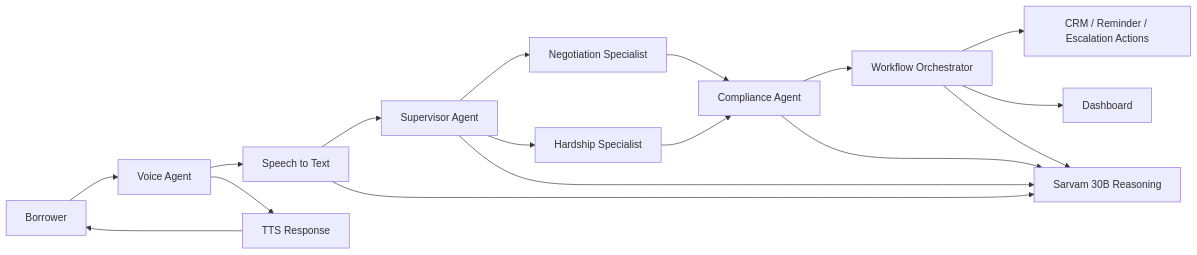
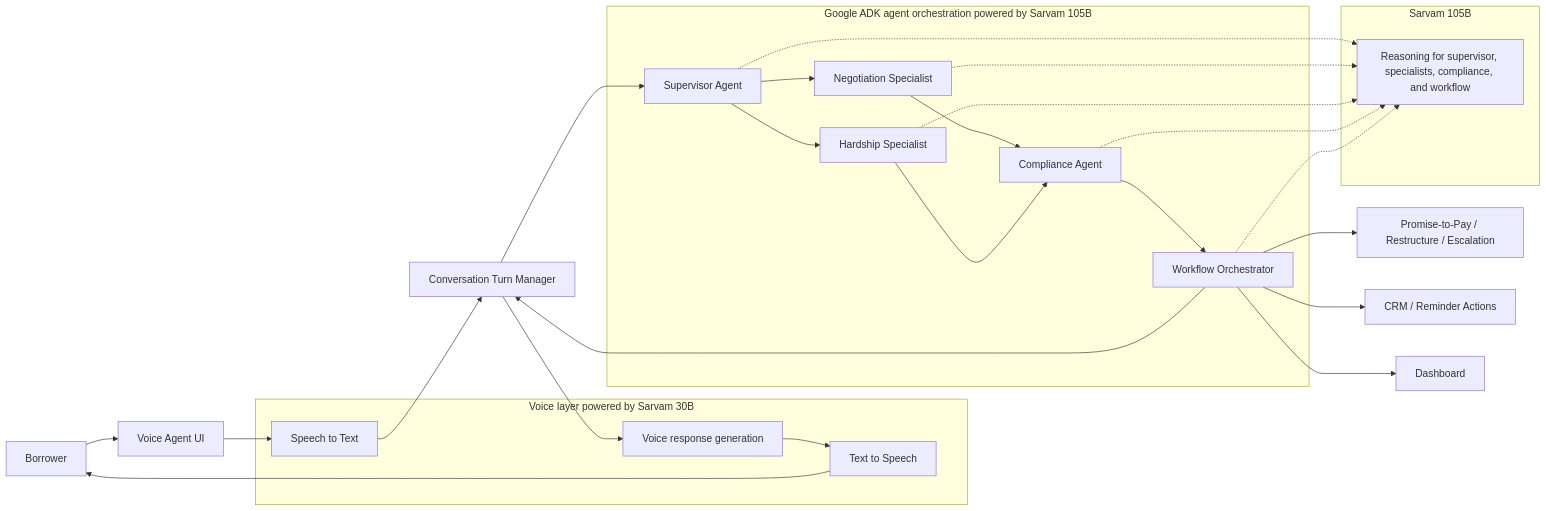
The diagram in README.md (yashk3562-lgtm/-sarvam-loan-collections-agent), drawn with Mermaid before and after one commit.

Commit message:
Improve architecture diagram

````diff
--- a/README.md
+++ b/README.md
@@ -46,20 +46,40 @@
 ```mermaid
 flowchart LR
-    A[Borrower] --> B[Voice Agent]
-    B --> C[Speech to Text]
-    C --> D[Supervisor Agent]
-    D --> E[Negotiation Specialist]
-    D --> F[Hardship Specialist]
-    E --> G[Compliance Agent]
-    F --> G
-    G --> H[Workflow Orchestrator]
-    H --> I[CRM / Reminder / Escalation Actions]
-    H --> J[Dashboard]
-    B --> K[TTS Response]
-    K --> A
+    A[Borrower] --> B[Voice Agent UI]
 
-    D --> L[Sarvam 30B Reasoning]
-    C --> L
-    G --> L
-    H --> L
+    subgraph V[Voice layer powered by Sarvam 30B]
+        C[Speech to Text]
+        D[Voice response generation]
+        E[Text to Speech]
+    end
+
+    B --> C
+    C --> F[Conversation Turn Manager]
+    F --> G[Supervisor Agent]
+
+    subgraph M105[Sarvam 105B]
+        H[Reasoning for supervisor, specialists, compliance, and workflow]
+    end
+
+    subgraph O[Google ADK agent orchestration powered by Sarvam 105B]
+        G --> I[Negotiation Specialist]
+        G --> J[Hardship Specialist]
+        I --> K[Compliance Agent]
+        J --> K
+        K --> L[Workflow Orchestrator]
+    end
+
+    G -.-> H
+    I -.-> H
+    J -.-> H
+    K -.-> H
+    L -.-> H
+
+    L --> N[Promise-to-Pay / Restructure / Escalation]
+    L --> O2[CRM / Reminder Actions]
+    L --> P[Dashboard]
+    L --> F
+    F --> D
+    D --> E
+    E --> A
 ```
````
